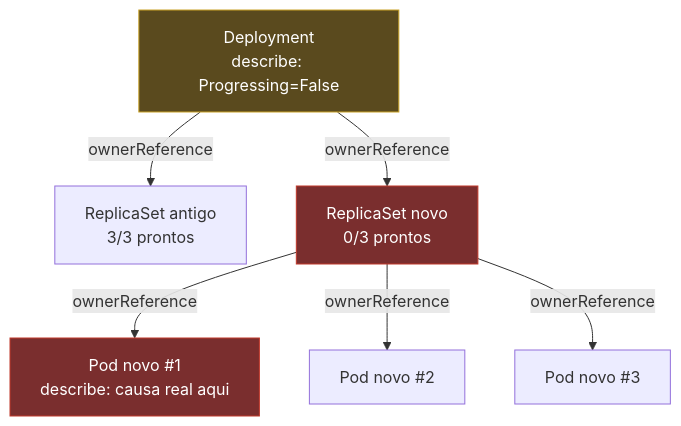
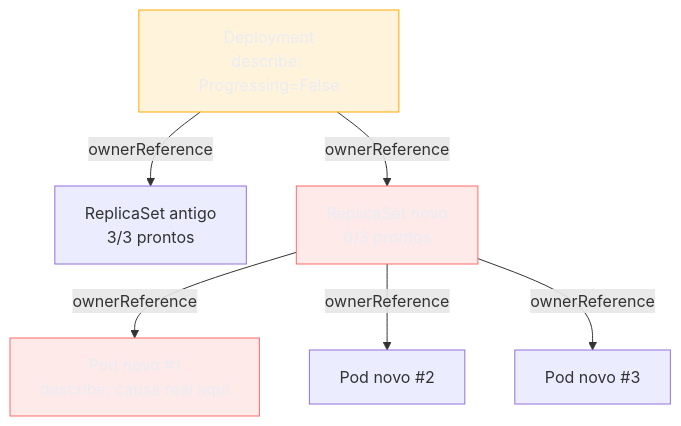
The second of 3 diagrams in 03-Dominios/Tecnologia/Infraestrutura/Kubernetes/21 - Depurar um cluster.md (josenaldo/codex-technomanticus), drawn with Mermaid before and after one commit. The commit also changed other lines of this file and 1181 other files, not shown here.

First line of the commit message:
fix(diagramas): paleta do sistema no lugar de cor cravada no markdown

````diff
--- a/03-Dominios/Tecnologia/Infraestrutura/Kubernetes/21 - Depurar um cluster.md
+++ b/03-Dominios/Tecnologia/Infraestrutura/Kubernetes/21 - Depurar um cluster.md
@@ -154,12 +157,14 @@
 ```mermaid
 graph TB
+    classDef destaque fill:#FFAA0024,stroke:#FFAA00,color:#E9ECF2
+    classDef falha fill:#FF6B6B24,stroke:#FF6B6B,color:#E9ECF2
     D["Deployment<br/>describe: Progressing=False"] -->|"ownerReference"| RS1["ReplicaSet antigo<br/>3/3 prontos"]
     D -->|"ownerReference"| RS2["ReplicaSet novo<br/>0/3 prontos"]
     RS2 -->|"ownerReference"| P1["Pod novo #1<br/>describe: causa real aqui"]
     RS2 -->|"ownerReference"| P2["Pod novo #2"]
     RS2 -->|"ownerReference"| P3["Pod novo #3"]
 
-    style D fill:#5a4a1e,stroke:#c9a227,color:#fff
-    style RS2 fill:#7a2e2e,stroke:#c0392b,color:#fff
-    style P1 fill:#7a2e2e,stroke:#c0392b,color:#fff
+    class D destaque
+    class RS2 falha
+    class P1 falha
 ```
````
